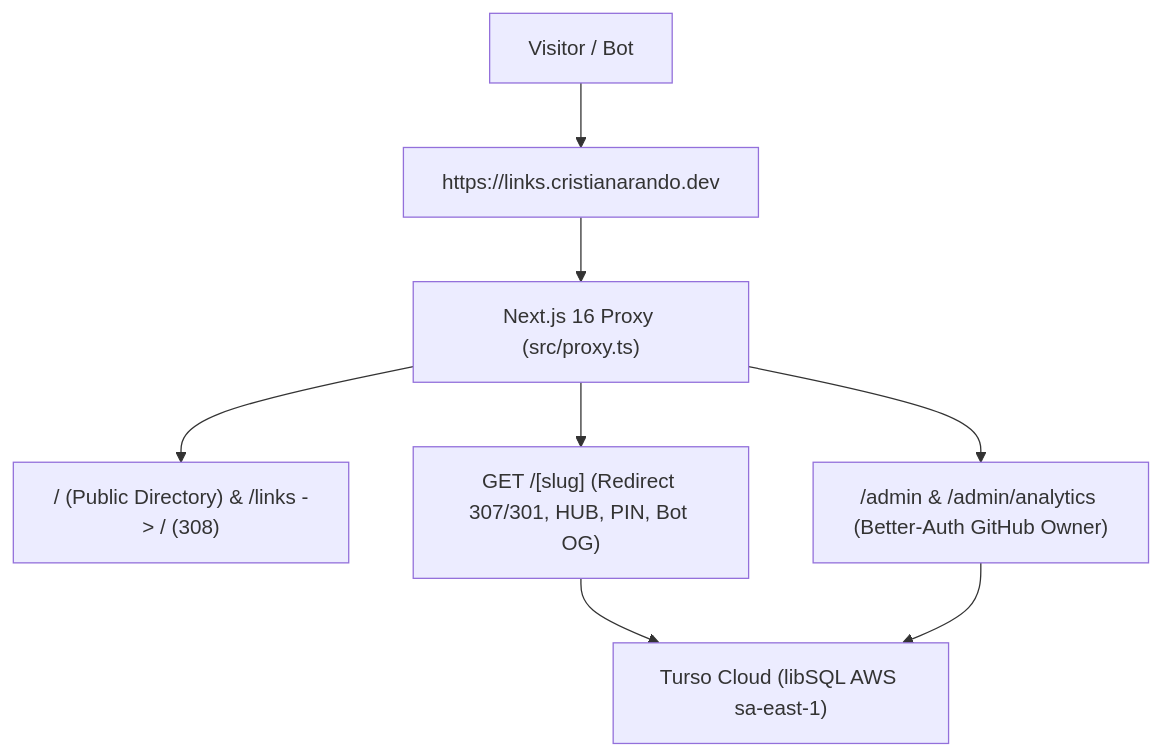
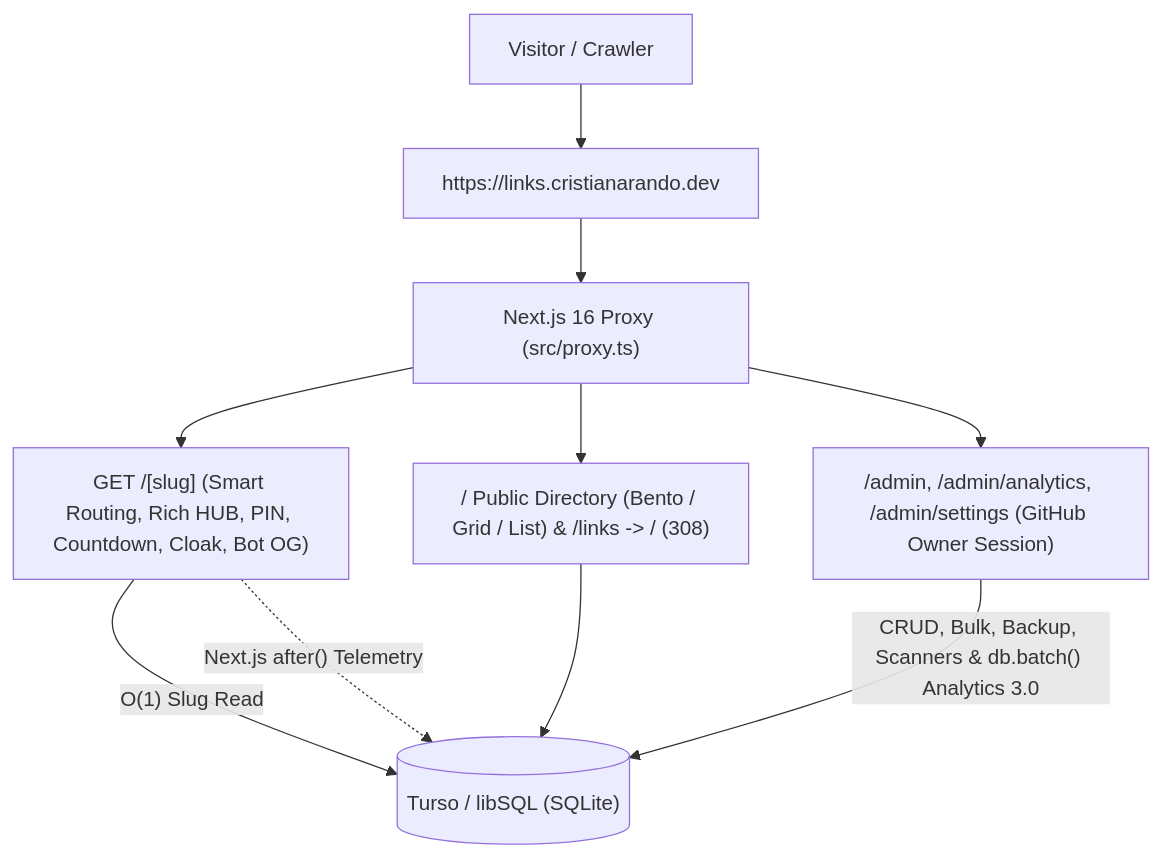
The diagram in README.md (cristianarando/inside-link), drawn with Mermaid before and after one commit. The commit also changed other lines of this file, not shown here.

````diff
--- a/README.md
+++ b/README.md
@@ -183,10 +88,12 @@
 ```mermaid
 flowchart TD
-    Visitor["Visitor / Bot"] --> Domain["https://links.cristianarando.dev"]
-    Domain --> Proxy["Next.js 16 Proxy (src/proxy.ts)"]
-    Proxy --> PublicDir["/ (Public Directory) & /links -> / (308)"]
-    Proxy --> Resolver["GET /[slug] (Redirect 307/301, HUB, PIN, Bot OG)"]
-    Proxy --> Admin["/admin & /admin/analytics (Better-Auth GitHub Owner)"]
-    Resolver --> TursoDB["Turso Cloud (libSQL AWS sa-east-1)"]
-    Admin --> TursoDB
+    Visitor["Visitor / Crawler"] --> Origin["https://links.cristianarando.dev"]
+    Origin --> Proxy["Next.js 16 Proxy (src/proxy.ts)"]
+    Proxy --> Directory["/ Public Directory (Bento / Grid / List) & /links -> / (308)"]
+    Proxy --> Resolver["GET /[slug] (Smart Routing, Rich HUB, PIN, Countdown, Cloak, Bot OG)"]
+    Proxy --> Admin["/admin, /admin/analytics, /admin/settings (GitHub Owner Session)"]
+    Resolver -->|"O(1) Slug Read"| TursoDB[("Turso / libSQL (SQLite)")]
+    Resolver -.->|"Next.js after() Telemetry"| TursoDB
+    Directory --> TursoDB
+    Admin -->|"CRUD, Bulk, Backup, Scanners & db.batch() Analytics 3.0"| TursoDB
 ```
````
